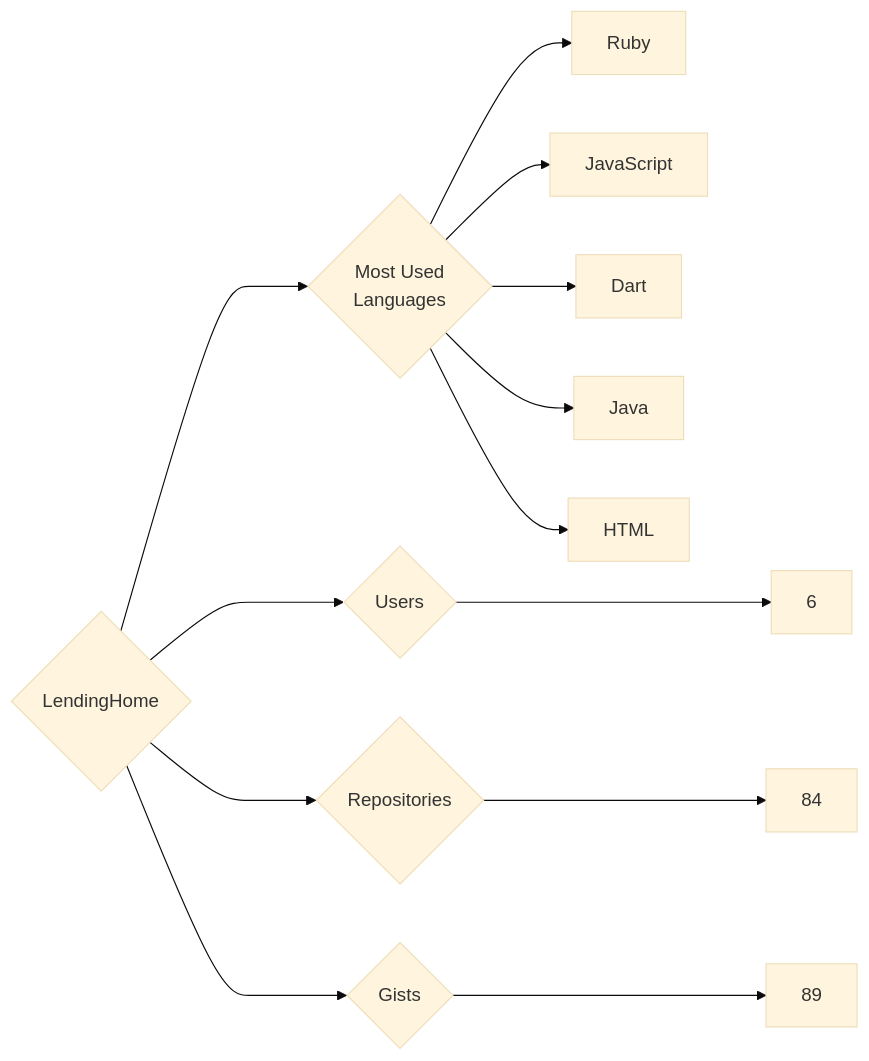
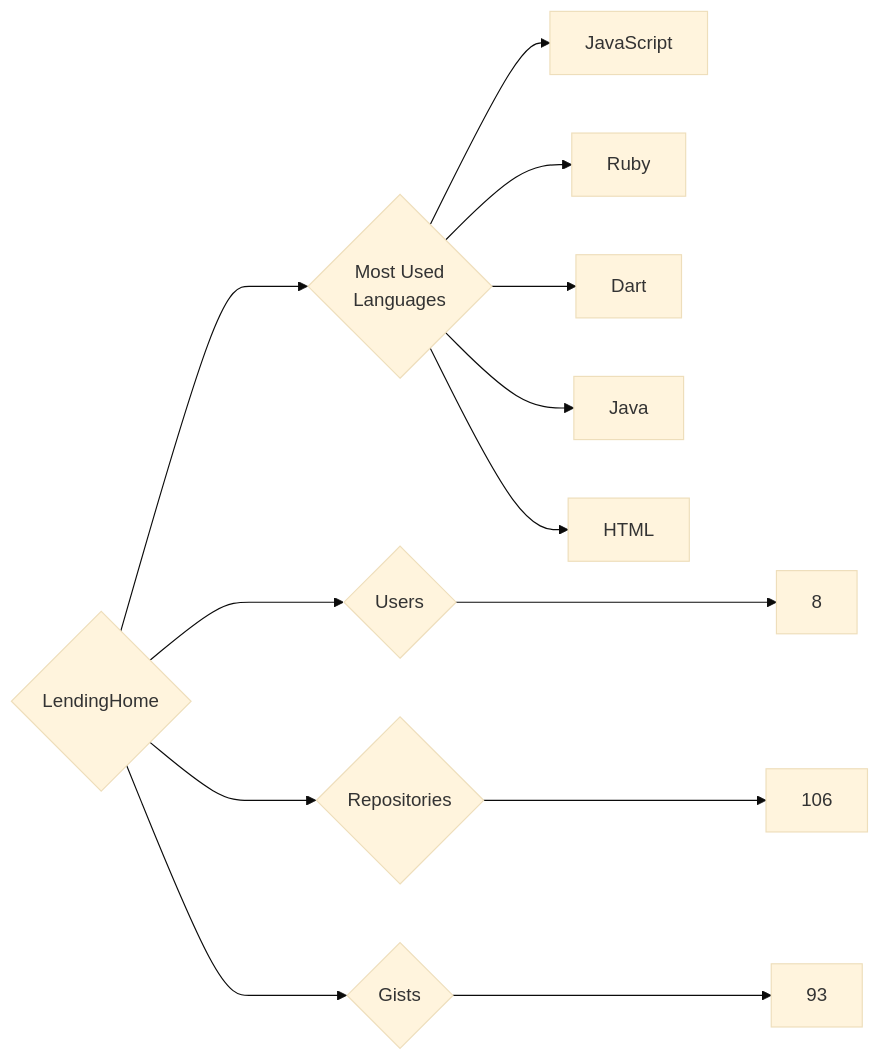
One commit to trickest/insiders changed the diagram in targets/LendingHome/README.md. Above: the diagram before and after it, drawn with Mermaid (base theme). The commit also changed 699 other files, not shown here.

````diff
--- a/targets/LendingHome/README.md
+++ b/targets/LendingHome/README.md
@@ -3,13 +3,13 @@
 ```mermaid
 graph LR
 COMPANY_NAME{LendingHome}
-COMPANY_NAME ---> U{Users} ---> UN[6]
-COMPANY_NAME ---> R{Repositories} ---> RN[84]
-COMPANY_NAME ---> G{Gists} ---> GN[89]
+COMPANY_NAME ---> U{Users} ---> UN[8]
+COMPANY_NAME ---> R{Repositories} ---> RN[106]
+COMPANY_NAME ---> G{Gists} ---> GN[93]
 COMPANY_NAME ---> ML{Most Used<br>Languages}
+ML --> JavaScript[JavaScript]
 ML --> Ruby[Ruby]
-ML --> JavaScript[JavaScript]
 ML --> Dart[Dart]
 ML --> Java[Java]
 ML --> HTML[HTML]
 ```
````
